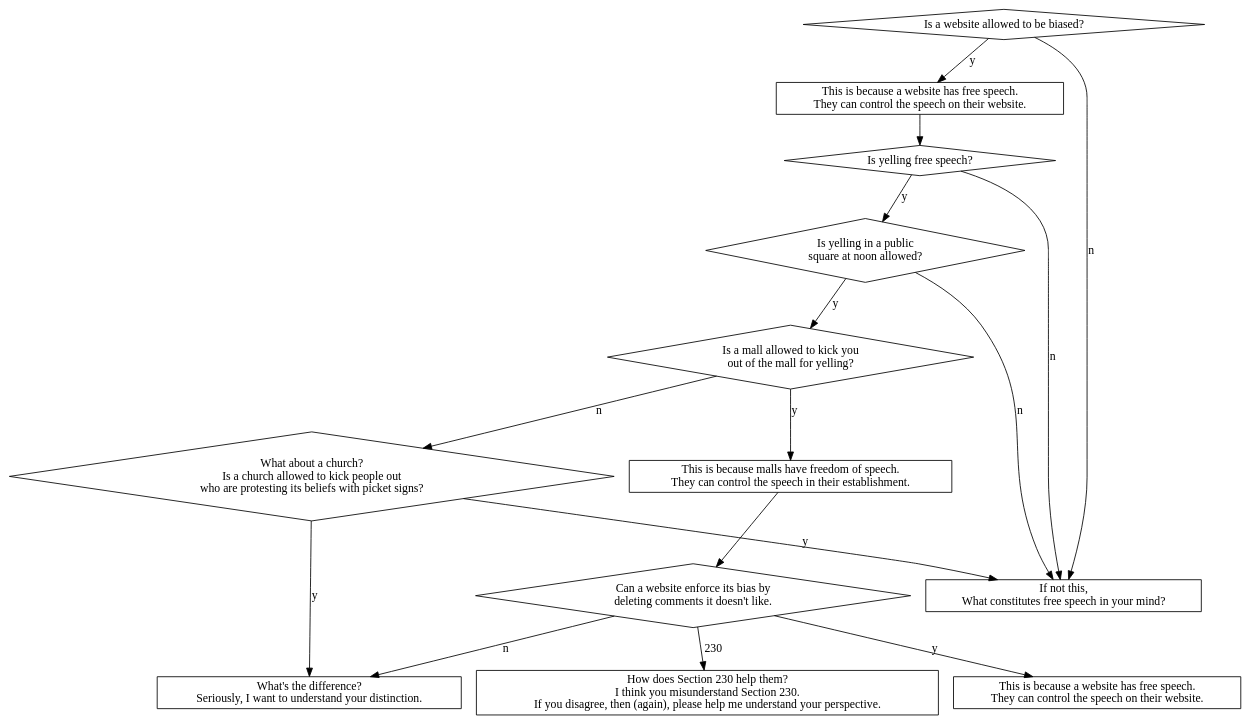
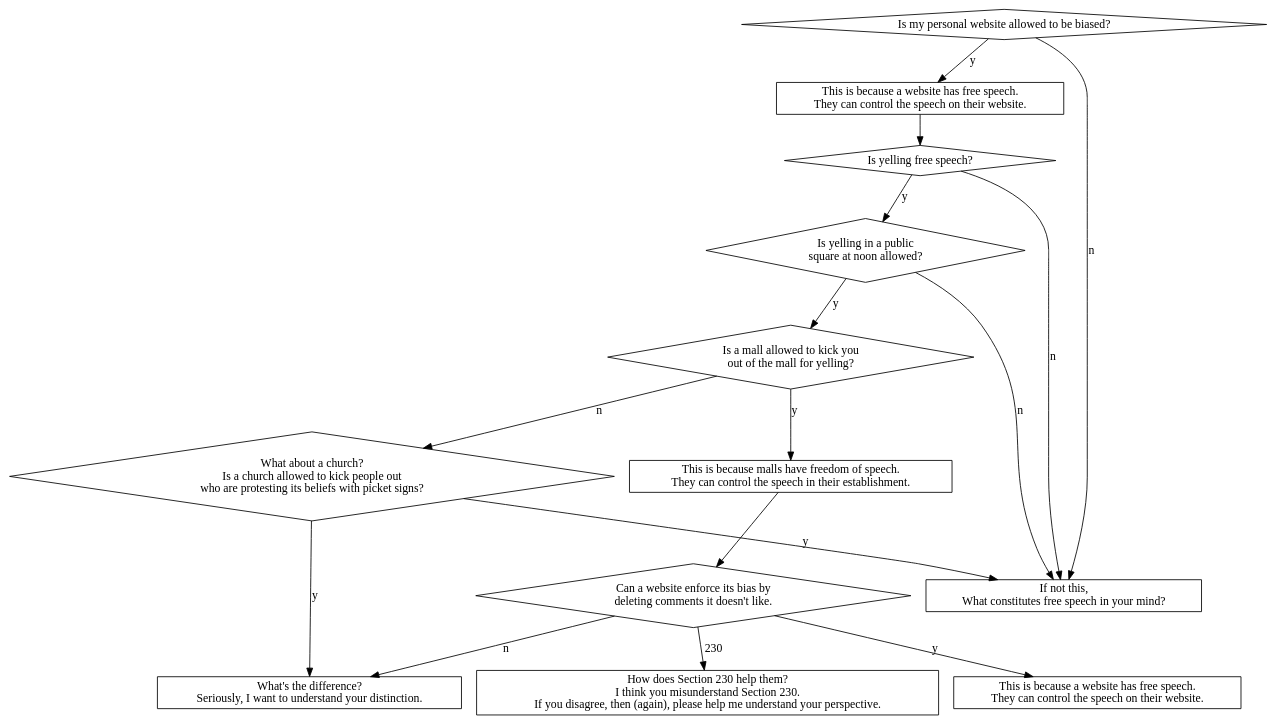
The diagram in speech.dot (mckaysalisbury/politics), drawn with Graphviz before and after one commit.

Commit message:
make it personal

```diff
--- a/speech.dot
+++ b/speech.dot
@@ -1,37 +1,37 @@
 digraph speech {
   node [shape=diamond]
-  websiteBias [label="Is a website allowed to be biased?"]
+  websiteBias [label="Is my personal website allowed to be biased?"]
   websiteBias -> websiteSpeech1 [label="y"]
   websiteSpeech1,websiteSpeech2 [label="This is because a website has free speech.\nThey can control the speech on their website." shape="rectangle"]
   websiteSpeech1 -> yell
   yell [label="Is yelling free speech?"]
   yell -> square [label="y"]
   square [label="Is yelling in a public\nsquare at noon allowed?"]
   square -> mall [label="y"]
   mall [label="Is a mall allowed to kick you\nout of the mall for yelling?"]
   mall -> mallSpeech [label="y"]
   mallSpeech [label="This is because malls have freedom of speech.\nThey can control the speech in their establishment." shape=rectangle]
   mallSpeech -> websiteEnforce
 
   websiteEnforce [label="Can a website enforce its bias by\ndeleting comments it doesn't like."]
   websiteEnforce -> websiteSpeech2 [label="y"]
   websiteEnforce -> difference [label="n"]
 
 
   mall -> church [label="n"]
   church [label="What about a church?\nIs a church allowed to kick people out\nwho are protesting its beliefs with picket signs?"]
   church -> difference [label="y"]
   church -> whatIsFreeSpeech [label="y"]
   difference [label="What's the difference?\nSeriously, I want to understand your distinction." shape="rectangle" href="https://blog.mckaysalisbury.com/2021/01/freedom-of-speech.html" target="_blank"]
 
   websiteBias, yell, square -> whatIsFreeSpeech [label="n"]
   whatIsFreeSpeech [label="If not this,\nWhat constitutes free speech in your mind?" shape=rectangle]
   
   websiteEnforce -> 230 [label="230"]
   230 [label="How does Section 230 help them?\nI think you misunderstand Section 230.\nIf you disagree, then (again), please help me understand your perspective." shape=rectangle href="https://www.techdirt.com/articles/20200531/23325444617/hello-youve-been-referred-here-because-youre-wrong-about-section-230-communications-decency-act.shtml"]
 
 
 
   # home [label="Am I able to control the content that enters my home?"]
 
 }
```
